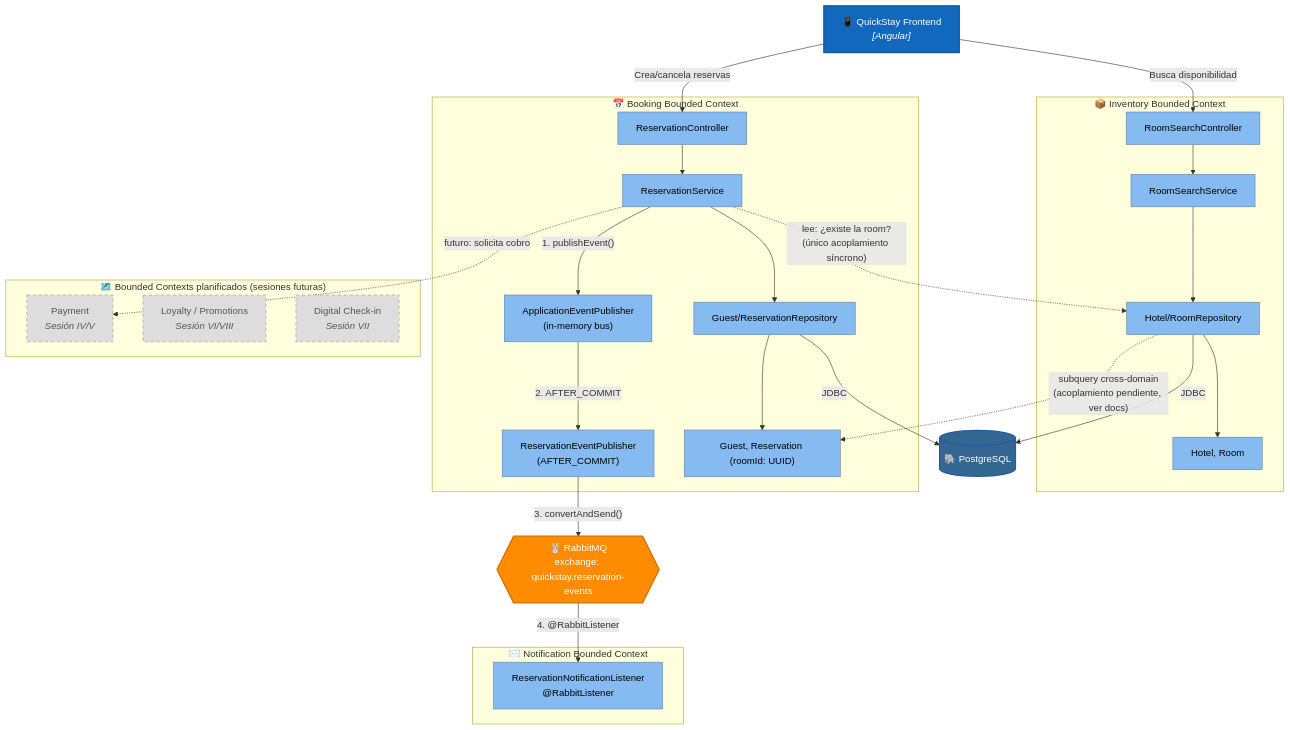
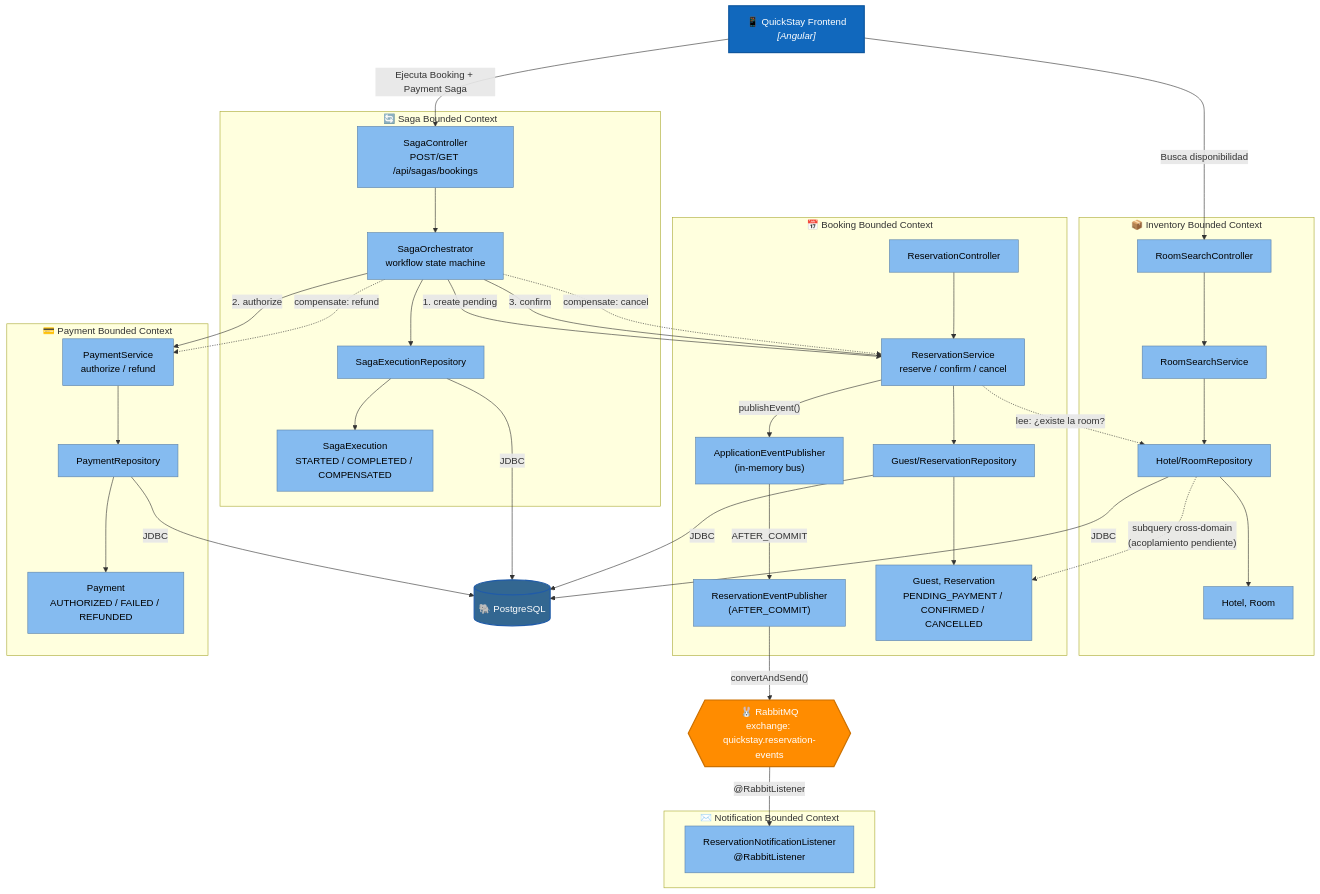
One commit to robertoq17/quickstay-hotel changed the third of 8 diagrams in README.md. Above: the diagram before and after it, drawn with Mermaid. The commit also changed other lines of this file, not shown here.

First line of the commit message:
add orchestration-based saga for booking and payment

````diff
--- a/README.md
+++ b/README.md
@@ -272,63 +296,77 @@
 ```mermaid
 graph TD
     frontend["📱 QuickStay Frontend<br/><i>[Angular]</i>"]
     database[("🐘 PostgreSQL")]
     broker{{"🐰 RabbitMQ<br/>exchange: quickstay.reservation-events"}}
 
     subgraph Inventory["📦 Inventory Bounded Context"]
         invWeb["RoomSearchController"]
         invService["RoomSearchService"]
         invRepo["Hotel/RoomRepository"]
         invDomain["Hotel, Room"]
     end
 
     subgraph Booking["📅 Booking Bounded Context"]
         bookWeb["ReservationController"]
-        bookService["ReservationService"]
+        bookService["ReservationService<br/>reserve / confirm / cancel"]
         bookEvent["ApplicationEventPublisher<br/>(in-memory bus)"]
         bookPublisher["ReservationEventPublisher<br/>(AFTER_COMMIT)"]
         bookRepo["Guest/ReservationRepository"]
-        bookDomain["Guest, Reservation (roomId: UUID)"]
+        bookDomain["Guest, Reservation<br/>PENDING_PAYMENT / CONFIRMED / CANCELLED"]
+    end
+
+    subgraph Payment["💳 Payment Bounded Context"]
+        paymentService["PaymentService<br/>authorize / refund"]
+        paymentRepo["PaymentRepository"]
+        paymentDomain["Payment<br/>AUTHORIZED / FAILED / REFUNDED"]
+    end
+
+    subgraph Saga["🔄 Saga Bounded Context"]
+        sagaWeb["SagaController<br/>POST/GET /api/sagas/bookings"]
+        sagaOrchestrator["SagaOrchestrator<br/>workflow state machine"]
+        sagaRepo["SagaExecutionRepository"]
+        sagaDomain["SagaExecution<br/>STARTED / COMPLETED / COMPENSATED"]
     end
 
     subgraph Notification["✉️ Notification Bounded Context"]
         notifListener["ReservationNotificationListener<br/>@RabbitListener"]
     end
 
-    subgraph Roadmap["🗺️ Bounded Contexts planificados (sesiones futuras)"]
-        paymentMod["Payment<br/><i>Sesión IV/V</i>"]
-        loyaltyMod["Loyalty / Promotions<br/><i>Sesión VI/VIII</i>"]
-        checkinMod["Digital Check-in<br/><i>Sesión VII</i>"]
-    end
-
     frontend -->|"Busca disponibilidad"| invWeb
-    frontend -->|"Crea/cancela reservas"| bookWeb
+    frontend -->|"Ejecuta Booking + Payment Saga"| sagaWeb
 
     invWeb --> invService --> invRepo --> invDomain
     bookWeb --> bookService --> bookRepo --> bookDomain
+    sagaWeb --> sagaOrchestrator
+    sagaOrchestrator -->|"1. create pending"| bookService
+    sagaOrchestrator -->|"2. authorize"| paymentService
+    sagaOrchestrator -->|"3. confirm"| bookService
+    sagaOrchestrator -.->|"compensate: cancel"| bookService
+    sagaOrchestrator -.->|"compensate: refund"| paymentService
+    sagaOrchestrator --> sagaRepo --> sagaDomain
+    paymentService --> paymentRepo --> paymentDomain
 
     invRepo -->|"JDBC"| database
     bookRepo -->|"JDBC"| database
+    paymentRepo -->|"JDBC"| database
+    sagaRepo -->|"JDBC"| database
 
-    bookService -.->|"lee: ¿existe la room?<br/>(único acoplamiento síncrono)"| invRepo
-    invRepo -.->|"subquery cross-domain<br/>(acoplamiento pendiente, ver docs)"| bookDomain
+    bookService -.->|"lee: ¿existe la room?"| invRepo
+    invRepo -.->|"subquery cross-domain<br/>(acoplamiento pendiente)"| bookDomain
 
-    bookService -->|"1. publishEvent()"| bookEvent
-    bookEvent -->|"2. AFTER_COMMIT"| bookPublisher
-    bookPublisher -->|"3. convertAndSend()"| broker
-    broker -->|"4. @RabbitListener"| notifListener
-
-    bookService -.->|"futuro: solicita cobro"| paymentMod
+    bookService -->|"publishEvent()"| bookEvent
+    bookEvent -->|"AFTER_COMMIT"| bookPublisher
+    bookPublisher -->|"convertAndSend()"| broker
+    broker -->|"@RabbitListener"| notifListener
 
     classDef container fill:#1168bd,color:#fff,stroke:#0e569e,stroke-width:2px;
     classDef component fill:#85bbf0,color:#000,stroke:#5d82a8,stroke-width:1px;
     classDef db fill:#336791,color:#fff,stroke:#205ba8,stroke-width:2px;
     classDef broker fill:#ff8c00,color:#fff,stroke:#cc7000,stroke-width:2px;
     classDef future fill:#dddddd,color:#555,stroke:#999999,stroke-width:1px,stroke-dasharray: 5 5;
 
     class frontend container;
     class database db;
     class broker broker;
-    class invWeb,invService,invRepo,invDomain,bookWeb,bookService,bookEvent,bookPublisher,bookRepo,bookDomain,notifListener component;
-    class paymentMod,loyaltyMod,checkinMod future;
+    class invWeb,invService,invRepo,invDomain,bookWeb,bookService,bookEvent,bookPublisher,bookRepo,bookDomain,paymentService,paymentRepo,paymentDomain,sagaWeb,sagaOrchestrator,sagaRepo,sagaDomain,notifListener component;
 ```
````
